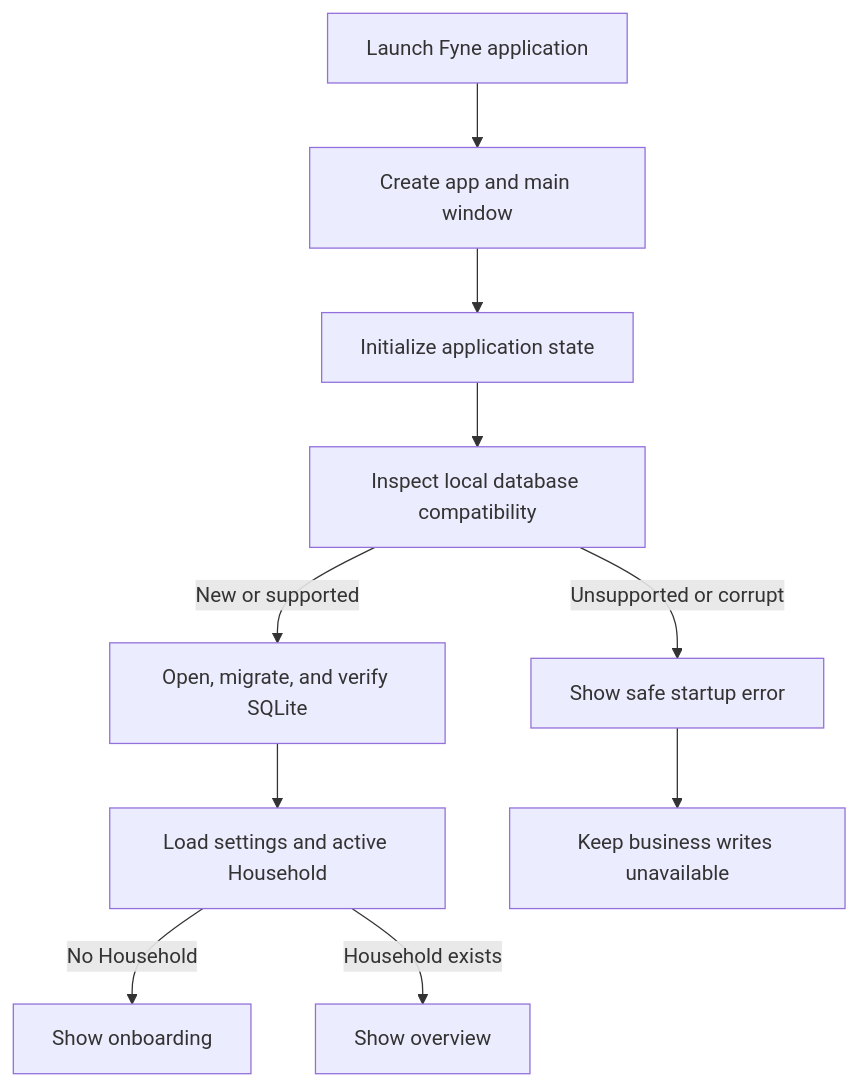
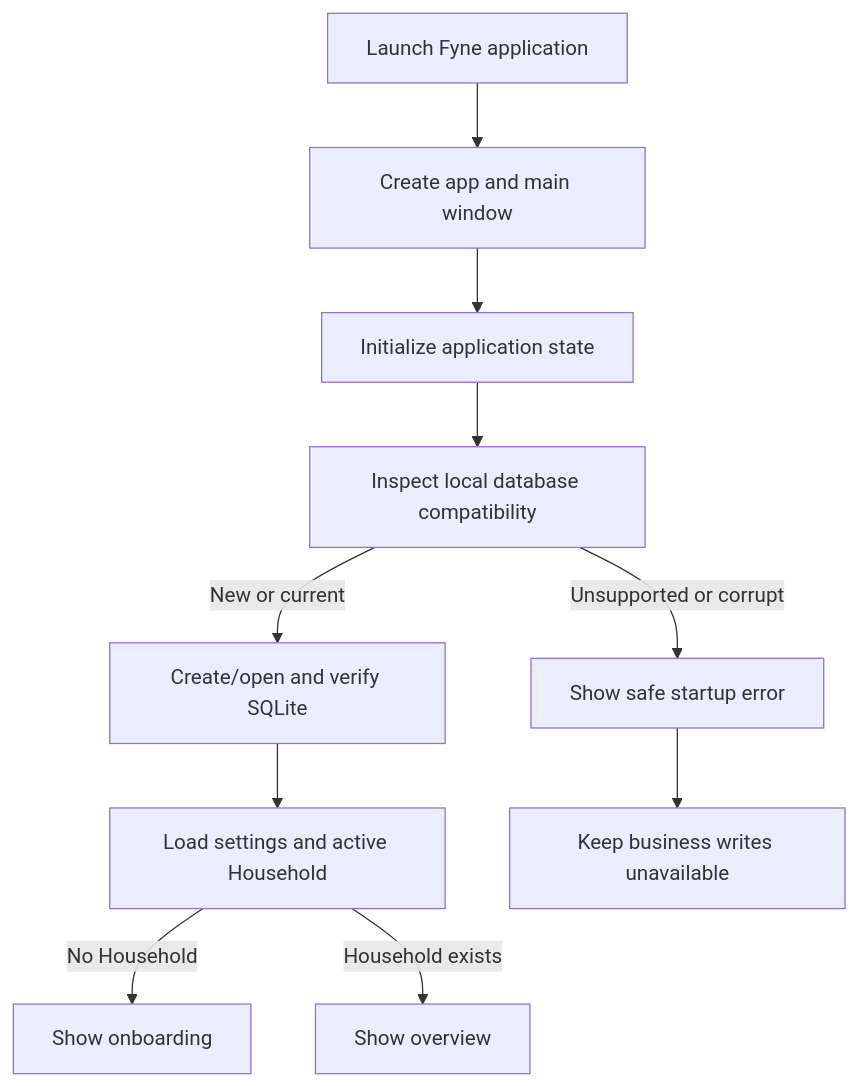
The second of 2 diagrams in docs/architecture/system-overview.md (MnemosyneLab/NestworthGo), drawn with Mermaid before and after one commit. The commit also changed other lines of this file and 54 other files, not shown here.

````diff
--- a/docs/architecture/system-overview.md
+++ b/docs/architecture/system-overview.md
@@ -82,12 +82,12 @@
 ```mermaid
 flowchart TD
     Launch["Launch Fyne application"] --> Create["Create app and main window"]
     Create --> Init["Initialize application state"]
     Init --> Inspect["Inspect local database compatibility"]
-    Inspect -->|"New or supported"| Open["Open, migrate, and verify SQLite"]
+    Inspect -->|"New or current"| Open["Create/open and verify SQLite"]
     Inspect -->|"Unsupported or corrupt"| Blocked["Show safe startup error"]
     Open --> Bootstrap["Load settings and active Household"]
     Bootstrap -->|"No Household"| Onboarding["Show onboarding"]
     Bootstrap -->|"Household exists"| Overview["Show overview"]
     Blocked --> Error["Keep business writes unavailable"]
 ```
````
